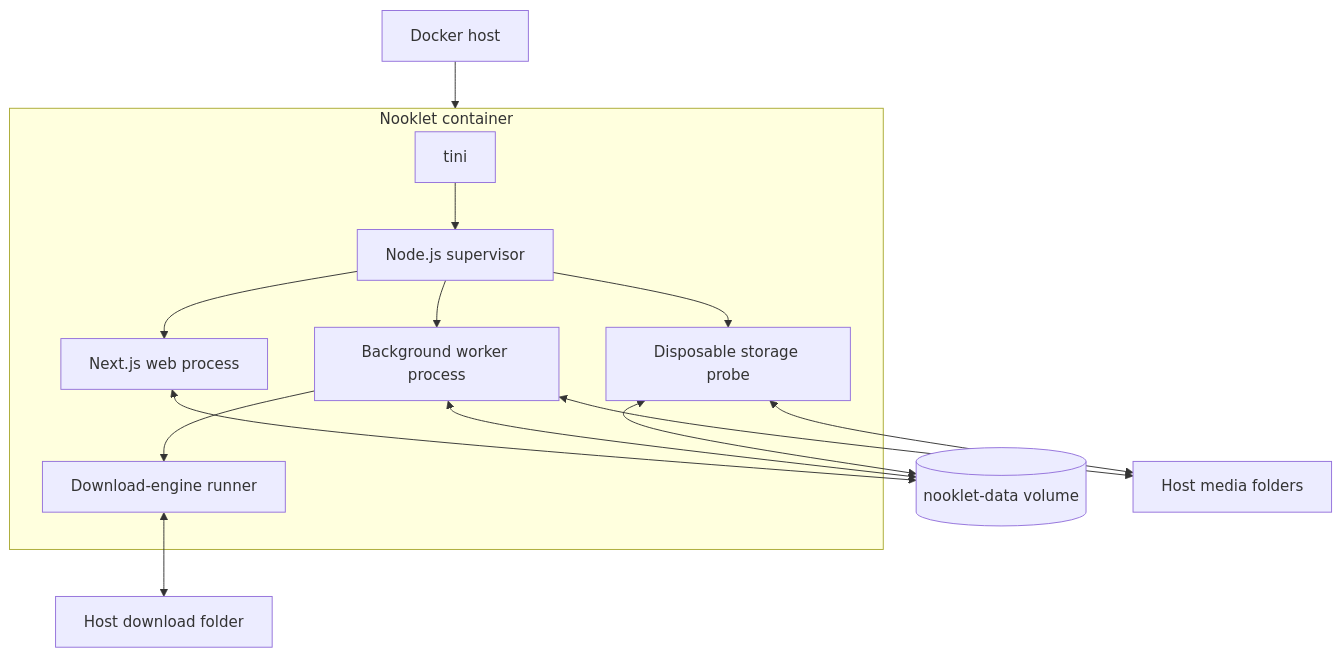
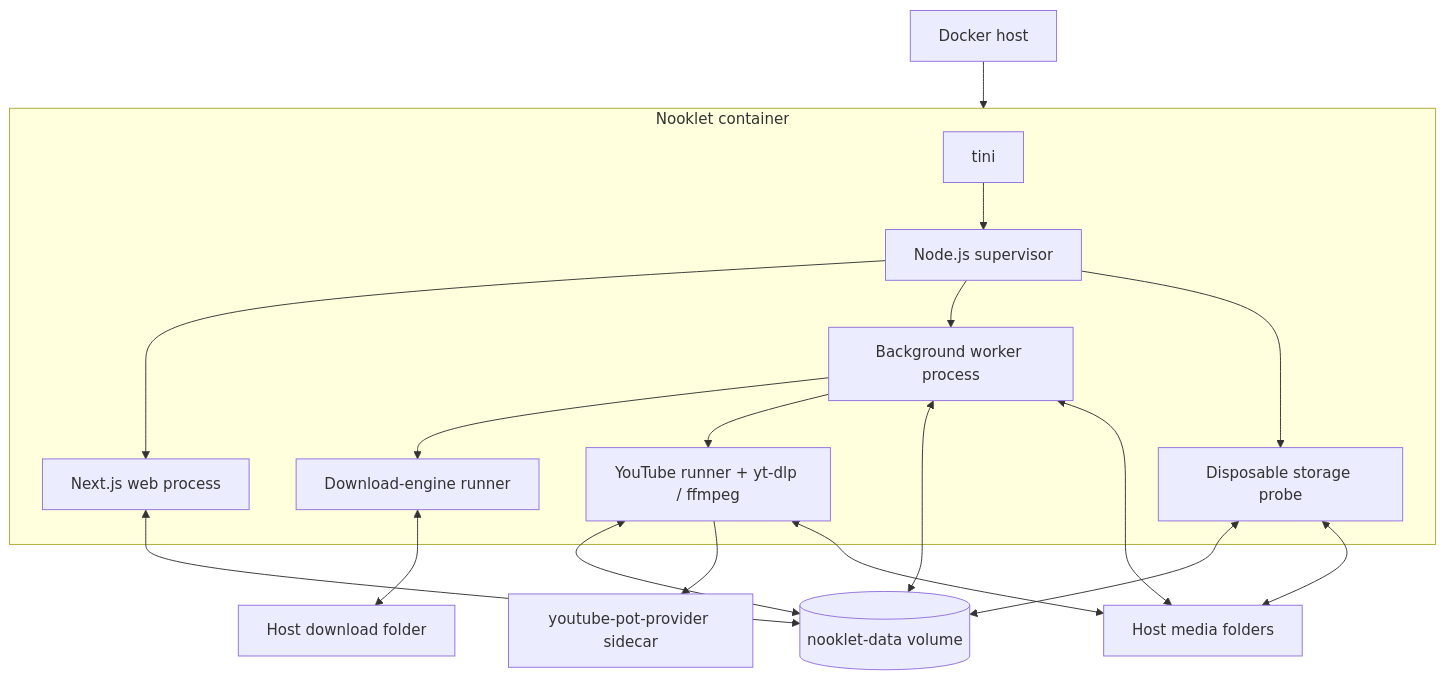
One commit to TannerMidd/Nooklet changed the fifth of 5 diagrams in docs/wiki/Architecture.md. Above: the diagram before and after it, drawn with Mermaid. The commit also changed other lines of this file and 27 other files, not shown here.

````diff
--- a/docs/wiki/Architecture.md
+++ b/docs/wiki/Architecture.md
@@ -164,22 +173,27 @@
 ```mermaid
 flowchart TB
   Host["Docker host"]
   subgraph Container["Nooklet container"]
     Tini["tini"] --> Supervisor["Node.js supervisor"]
     Supervisor --> Web["Next.js web process"]
     Supervisor --> Jobs["Background worker process"]
     Supervisor --> Probe["Disposable storage probe"]
     Jobs --> Engine["Download-engine runner"]
+    Jobs --> YouTubeRunner["YouTube runner + yt-dlp / ffmpeg"]
   end
+  Provider["youtube-pot-provider sidecar"]
   Volume[("nooklet-data volume")]
   DownloadMount["Host download folder"]
   MediaMount["Host media folders"]
 
   Host --> Container
   Web <--> Volume
   Jobs <--> Volume
   Probe <--> Volume
   Engine <--> DownloadMount
+  YouTubeRunner <--> Volume
+  YouTubeRunner --> Provider
+  YouTubeRunner <--> MediaMount
   Jobs <--> MediaMount
   Probe <--> MediaMount
 ```
````
